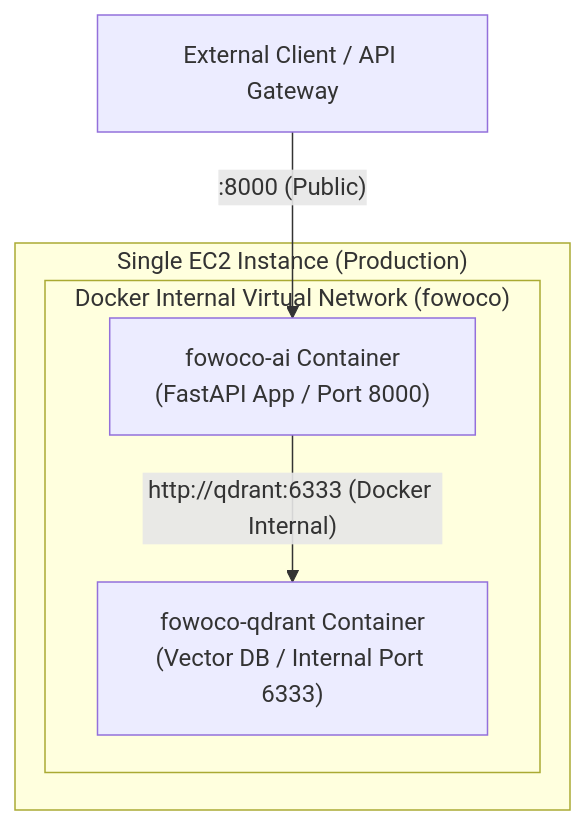
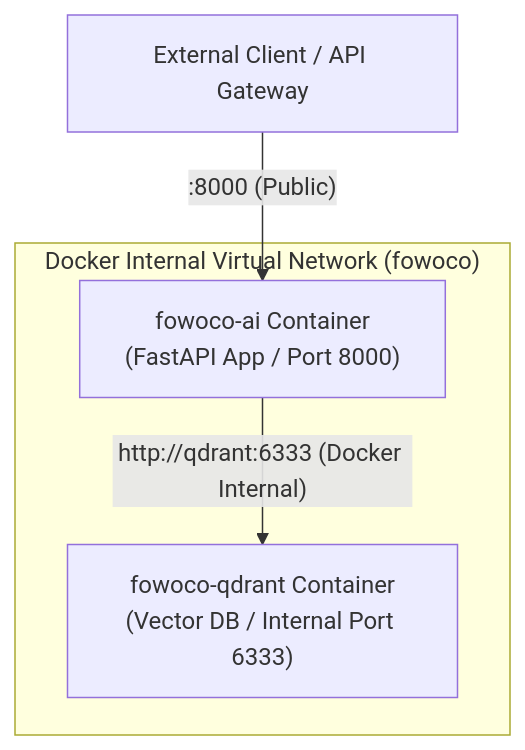
Before and after one commit to fowoco/ai: the diagram in app/agents/language/README.dev.md, drawn with Mermaid. The commit also changed other lines of this file, not shown here.

Commit message:
docs(language): Refine ADR-006 to focus purely on Docker Compose container networking

````diff
--- a/app/agents/language/README.dev.md
+++ b/app/agents/language/README.dev.md
@@ -112,12 +108,10 @@
 ```mermaid
 graph TD
-    subgraph Single_EC2_Instance ["Single EC2 Instance (Production)"]
-        subgraph Docker_Network ["Docker Internal Virtual Network (fowoco)"]
-            AI["fowoco-ai Container<br/>(FastAPI App / Port 8000)"]
-            QDRANT["fowoco-qdrant Container<br/>(Vector DB / Internal Port 6333)"]
-        end
+    subgraph Docker_Network ["Docker Internal Virtual Network (fowoco)"]
+        AI["fowoco-ai Container<br/>(FastAPI App / Port 8000)"]
+        QDRANT["fowoco-qdrant Container<br/>(Vector DB / Internal Port 6333)"]
     end
 
     Client["External Client / API Gateway"] -->|":8000 (Public)"| AI
     AI -->|"http://qdrant:6333 (Docker Internal)"| QDRANT
 ```
````
